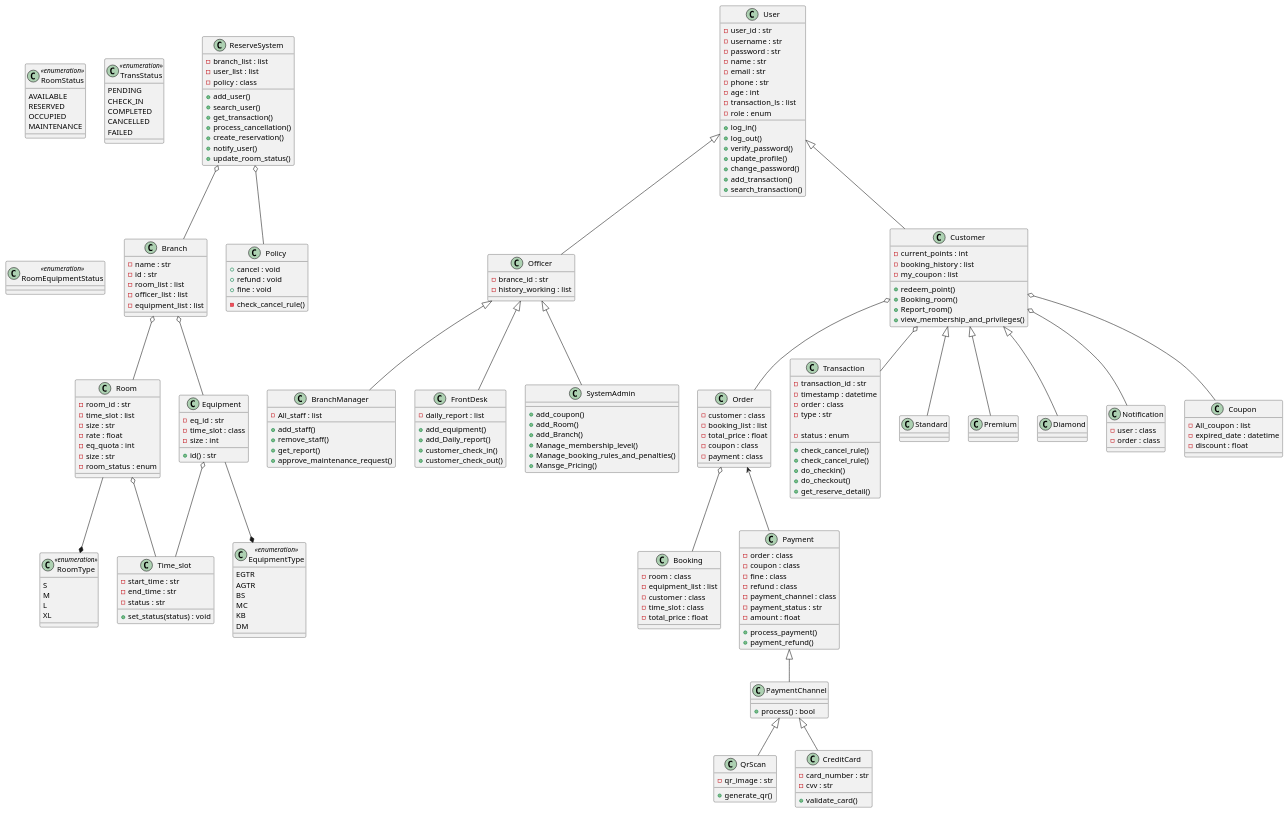
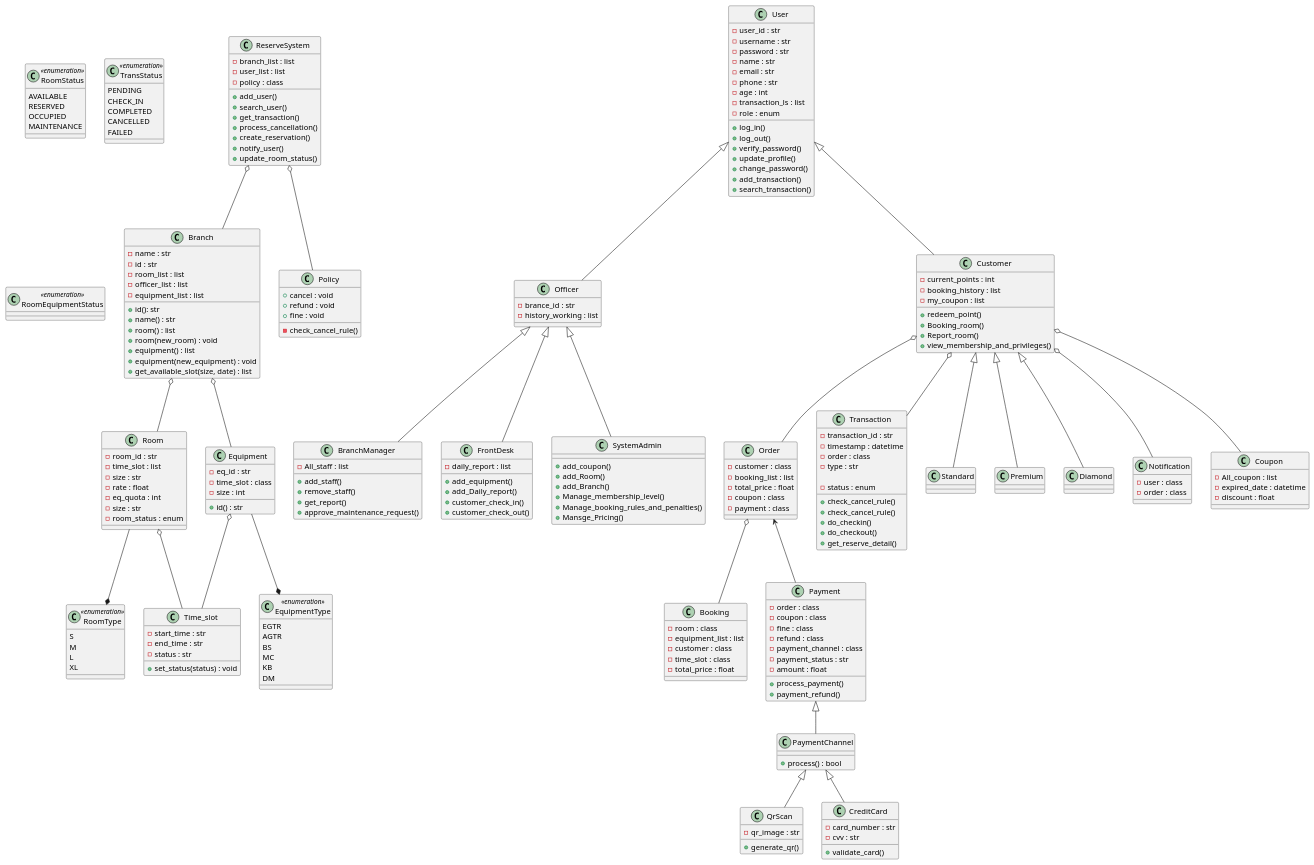
One commit to pjngth998/RhythmReserve changed the diagram in diagram/class_diagram.puml. Above: the diagram before and after it, drawn with PlantUML.

Commit message:
edit class branch

```diff
--- a/diagram/class_diagram.puml
+++ b/diagram/class_diagram.puml
@@ -20,7 +20,14 @@
     -room_list : list
     -officer_list : list
     -equipment_list : list
-
+    +id(): str
+    +name() : str
+    +room() : list
+    +room(new_room) : void
+    +equipment() : list
+    +equipment(new_equipment) : void
+    +get_available_slot(size, date) : list
+    
 }
 
 class RoomStatus <<enumeration>>{
```
